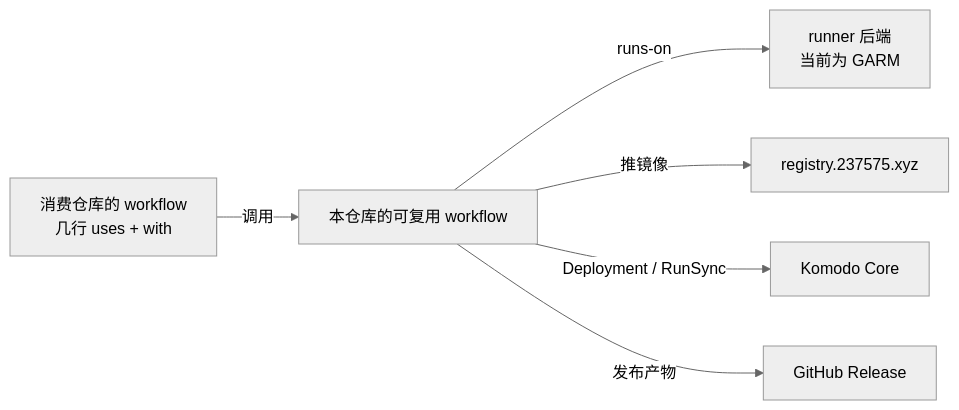
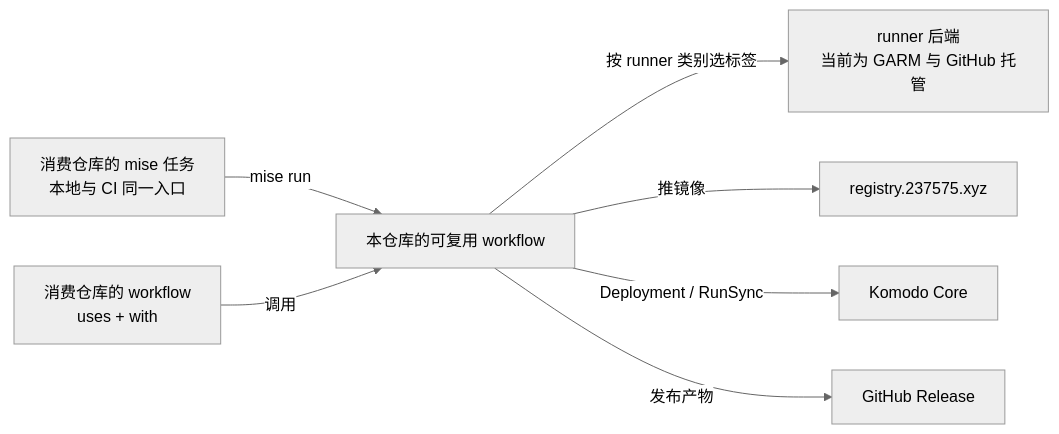
Before and after one commit to mouriya-devops/ci: the diagram in docs/design.md, drawn with Mermaid (neutral theme). The commit also changed other lines of this file, not shown here.

First line of the commit message:
Move repo logic into mise tasks and add runner classes to CI design

````diff
--- a/docs/design.md
+++ b/docs/design.md
@@ -34,8 +40,9 @@
 ```mermaid
 flowchart LR
-    consumer[消费仓库的 workflow<br/>几行 uses + with] -->|调用| shared[本仓库的可复用 workflow]
-    shared -->|runs-on| runner[runner 后端<br/>当前为 GARM]
+    tasks[消费仓库的 mise 任务<br/>本地与 CI 同一入口] -->|mise run| shared
+    consumer[消费仓库的 workflow<br/>uses + with] -->|调用| shared[本仓库的可复用 workflow]
+    shared -->|按 runner 类别选标签| runner[runner 后端<br/>当前为 GARM 与 GitHub 托管]
     shared -->|推镜像| registry[registry.237575.xyz]
     shared -->|Deployment / RunSync| komodo[Komodo Core]
     shared -->|发布产物| release[GitHub Release]
 ```
````
